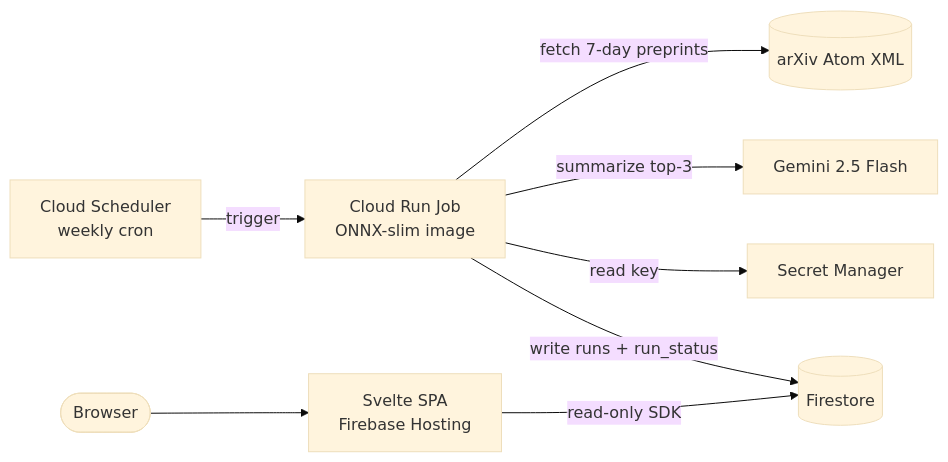
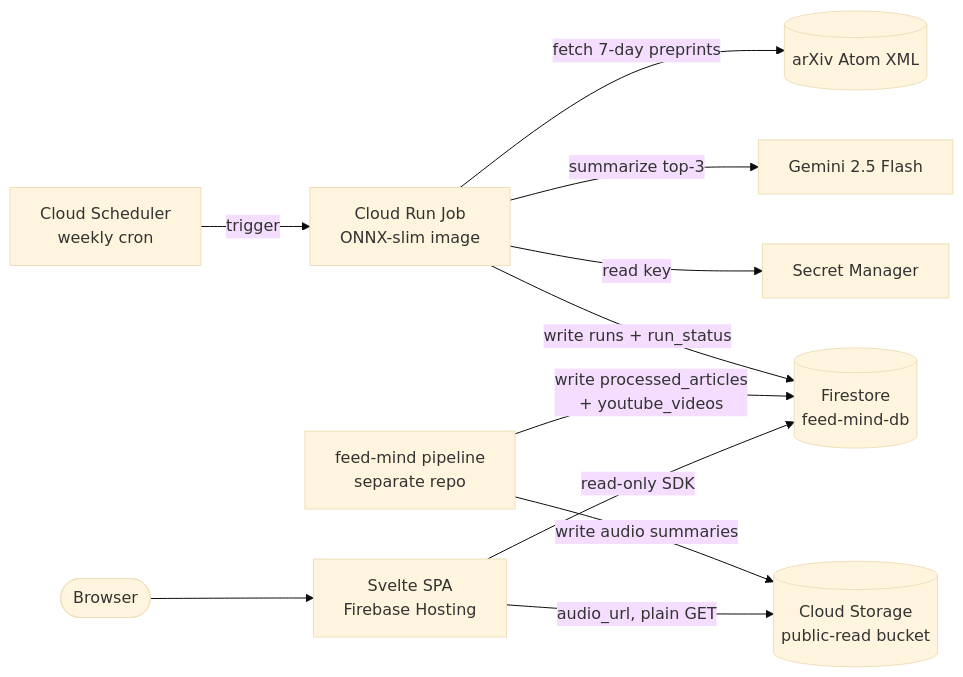
One commit to vishnuvardhansankoti/feed-mind changed the diagram in README.md. Above: the diagram before and after it, drawn with Mermaid (base theme). The commit also changed other lines of this file and 17 other files, not shown here.

````diff
--- a/README.md
+++ b/README.md
@@ -16,10 +28,13 @@
 ```mermaid
 flowchart LR
     SCH[Cloud Scheduler<br/>weekly cron] -->|trigger| JOB[Cloud Run Job<br/>ONNX-slim image]
     JOB -->|fetch 7-day preprints| ARX[(arXiv Atom XML)]
     JOB -->|summarize top-3| GEM[Gemini 2.5 Flash]
     JOB -->|read key| SM[Secret Manager]
-    JOB -->|write runs + run_status| FS[(Firestore)]
+    JOB -->|write runs + run_status| FS[(Firestore<br/>feed-mind-db)]
+    FM[feed-mind pipeline<br/>separate repo] -->|write processed_articles<br/>+ youtube_videos| FS
+    FM -->|write audio summaries| GCS[(Cloud Storage<br/>public-read bucket)]
     SPA[Svelte SPA<br/>Firebase Hosting] -->|read-only SDK| FS
+    SPA -->|audio_url, plain GET| GCS
     USER([Browser]) --> SPA
 ```
````
